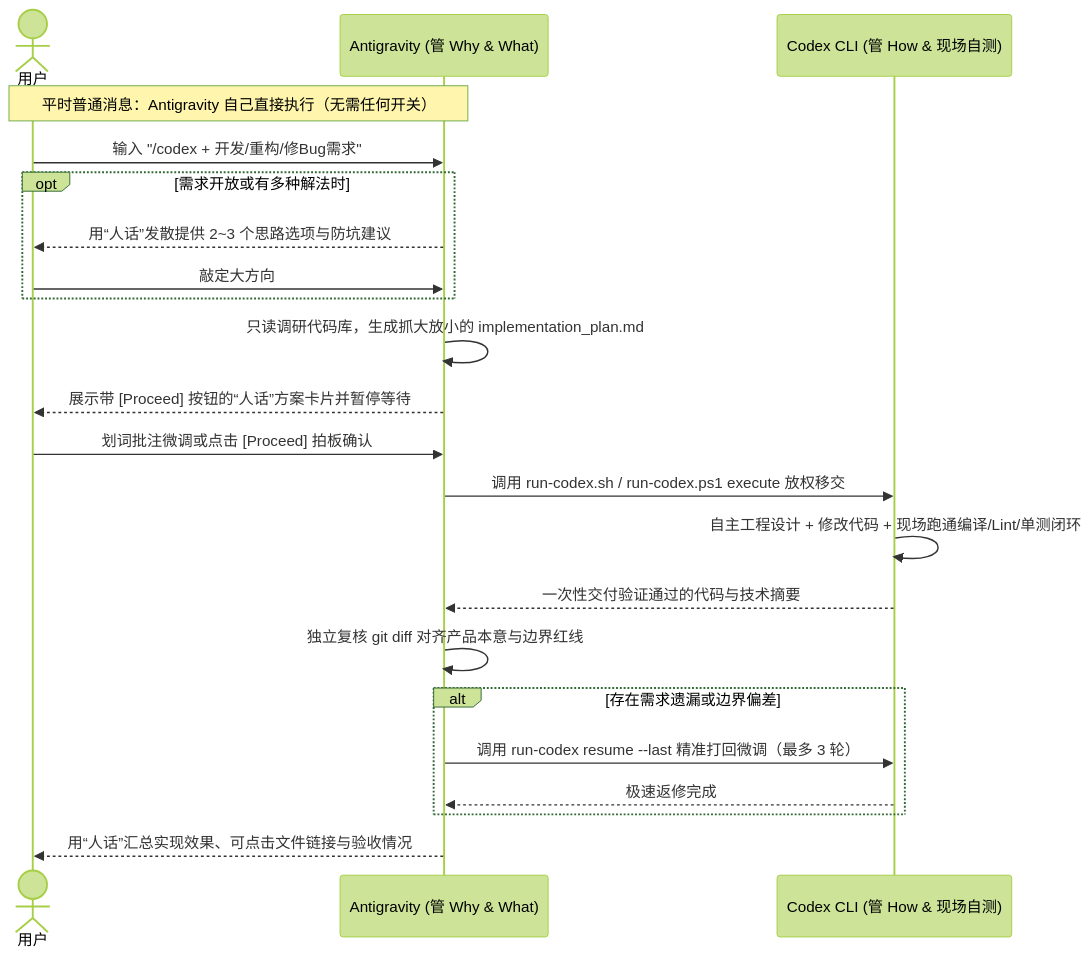
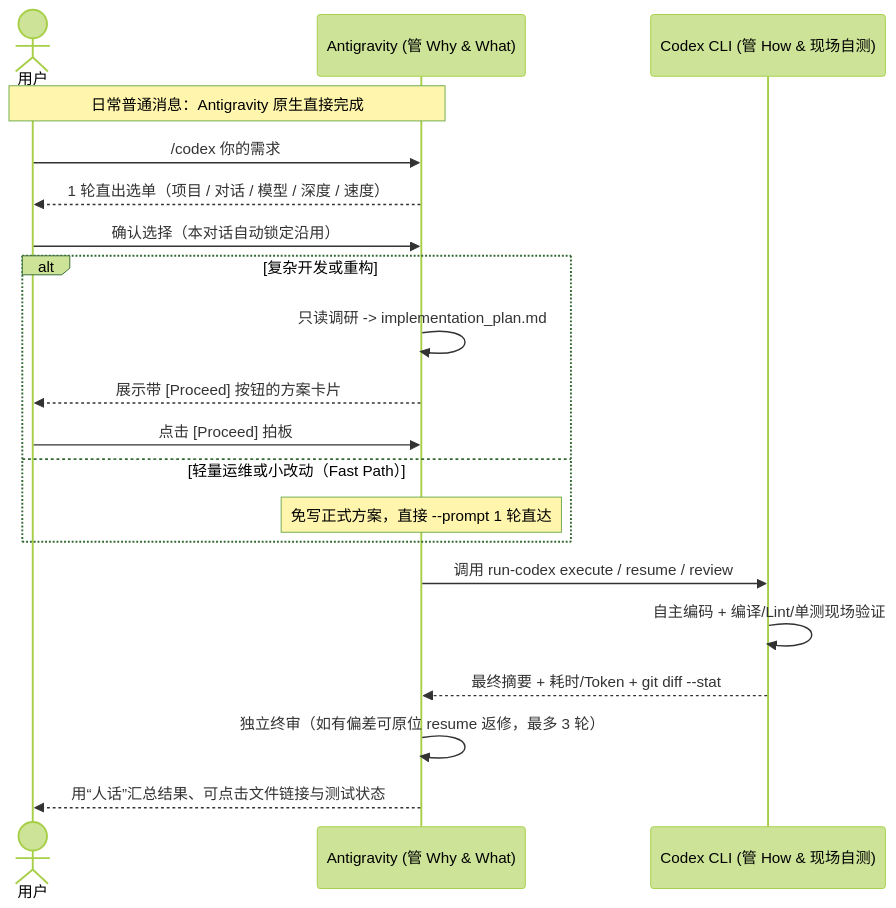
The diagram in README.zh-CN.md (19zbhy/antigravity-codex), drawn with Mermaid (forest theme) before and after one commit. The commit also changed other lines of this file and 2 other files, not shown here.

````diff
--- a/README.zh-CN.md
+++ b/README.zh-CN.md
@@ -54,25 +125,23 @@
 ```mermaid
 sequenceDiagram
     actor User as 用户
     participant Antigravity as Antigravity (管 Why & What)
     participant Codex as Codex CLI (管 How & 现场自测)
 
-    Note over User,Antigravity: 平时普通消息：Antigravity 自己直接执行（无需任何开关）
-    User->>Antigravity: 输入 "/codex + 开发/重构/修Bug需求"
-    opt 需求开放或有多种解法时
-        Antigravity-->>User: 用“人话”发散提供 2~3 个思路选项与防坑建议
-        User->>Antigravity: 敲定大方向
+    Note over User,Antigravity: 日常普通消息：Antigravity 原生直接完成
+    User->>Antigravity: /codex 你的需求
+    Antigravity-->>User: 1 轮直出选单（项目 / 对话 / 模型 / 深度 / 速度）
+    User->>Antigravity: 确认选择（本对话自动锁定沿用）
+    alt 复杂开发或重构
+        Antigravity->>Antigravity: 只读调研 -> implementation_plan.md
+        Antigravity-->>User: 展示带 [Proceed] 按钮的方案卡片
+        User->>Antigravity: 点击 [Proceed] 拍板
+    else 轻量运维或小改动（Fast Path）
+        Note over Antigravity: 免写正式方案，直接 --prompt 1 轮直达
     end
-    Antigravity->>Antigravity: 只读调研代码库，生成抓大放小的 implementation_plan.md
-    Antigravity-->>User: 展示带 [Proceed] 按钮的“人话”方案卡片并暂停等待
-    User->>Antigravity: 划词批注微调或点击 [Proceed] 拍板确认
-    Antigravity->>Codex: 调用 run-codex.sh / run-codex.ps1 execute 放权移交
-    Codex->>Codex: 自主工程设计 + 修改代码 + 现场跑通编译/Lint/单测闭环
-    Codex-->>Antigravity: 一次性交付验证通过的代码与技术摘要
-    Antigravity->>Antigravity: 独立复核 git diff 对齐产品本意与边界红线
-    alt 存在需求遗漏或边界偏差
-        Antigravity->>Codex: 调用 run-codex resume --last 精准打回微调（最多 3 轮）
-        Codex-->>Antigravity: 极速返修完成
-    end
-    Antigravity-->>User: 用“人话”汇总实现效果、可点击文件链接与验收情况
+    Antigravity->>Codex: 调用 run-codex execute / resume / review
+    Codex->>Codex: 自主编码 + 编译/Lint/单测现场验证
+    Codex-->>Antigravity: 最终摘要 + 耗时/Token + git diff --stat
+    Antigravity->>Antigravity: 独立终审（如有偏差可原位 resume 返修，最多 3 轮）
+    Antigravity-->>User: 用“人话”汇总结果、可点击文件链接与测试状态
 ```
````
